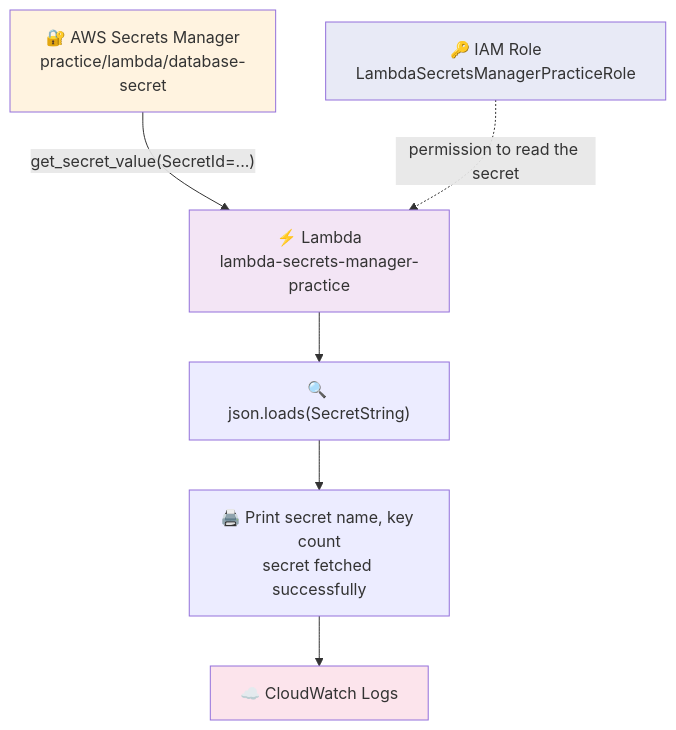
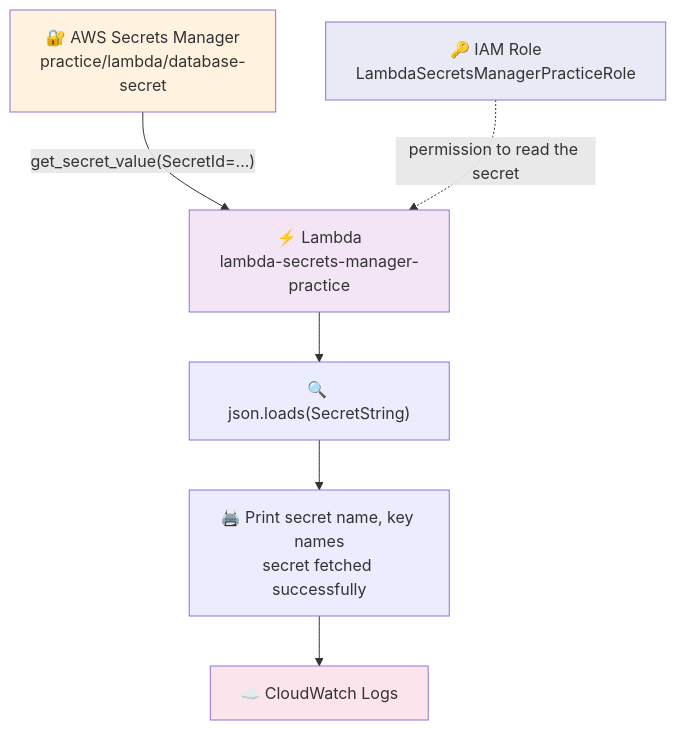
One commit to Kshitijavir/aws-pipelines-september-2026 changed the diagram in 01) AWS/17) lambda to secrets manager (fetch secret/01) README.md. Above: the diagram before and after it, drawn with Mermaid. The commit also changed other lines of this file and 3 other files, not shown here.

First line of the commit message:
List the secret key names instead of the key count in pipelines 17 and 18

````diff
--- a/01) AWS/17) lambda to secrets manager (fetch secret/01) README.md
+++ b/01) AWS/17) lambda to secrets manager (fetch secret/01) README.md
@@ -42,13 +42,13 @@
 ```mermaid
 graph TD
     A["🔐 AWS Secrets Manager<br/>practice/lambda/database-secret"] -->|"get_secret_value(SecretId=...)"| B["⚡ Lambda<br/>lambda-secrets-manager-practice"]
     C["🔑 IAM Role<br/>LambdaSecretsManagerPracticeRole"] -.->|"permission to read the secret"| B
     B --> D["🔍 json.loads(SecretString)"]
-    D --> E["🖨️ Print secret name, key count<br/>secret fetched successfully"]
+    D --> E["🖨️ Print secret name, key names<br/>secret fetched successfully"]
     E --> F["☁️ CloudWatch Logs"]
 
     style A fill:#fff3e0
     style B fill:#f3e5f5
     style C fill:#e8eaf6
     style F fill:#fce4ec
 ```
````
